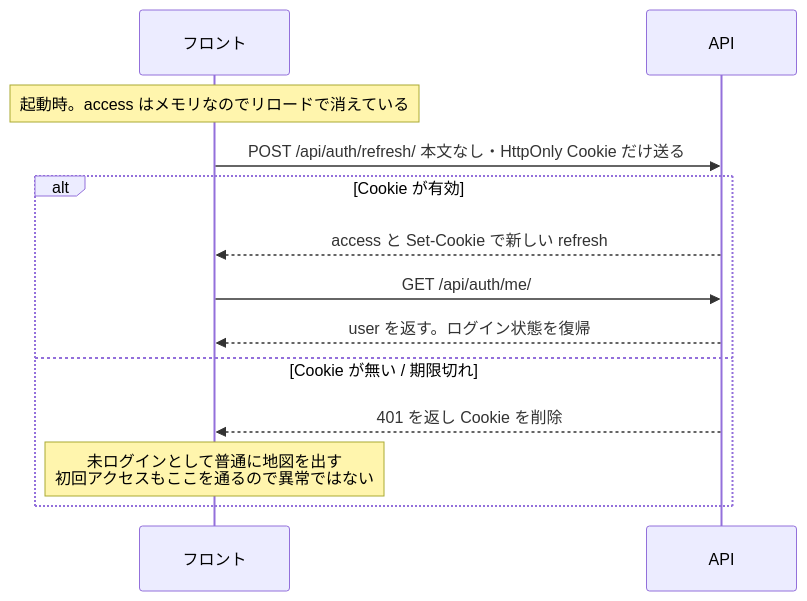
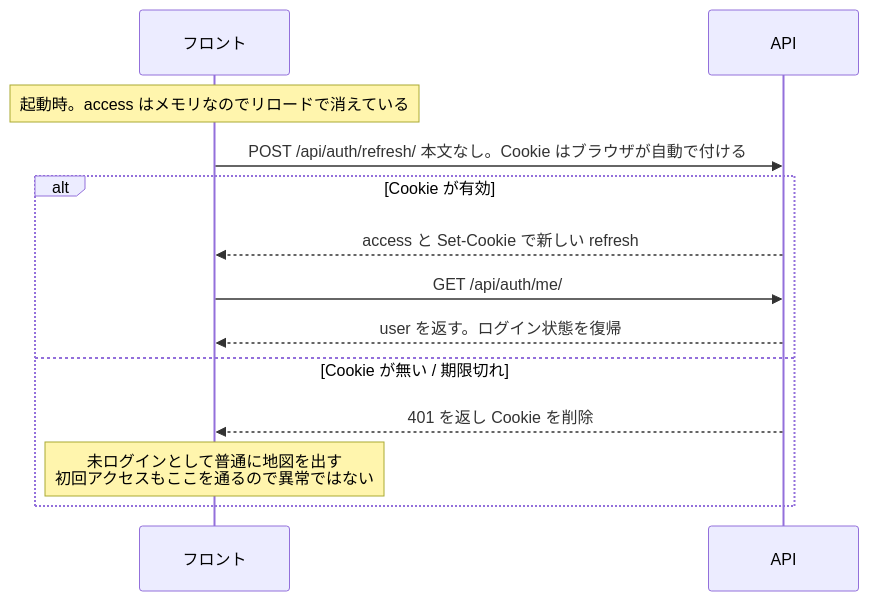
One commit to jovid18/django_prac changed the third of 4 diagrams in README.md. Above: the diagram before and after it, drawn with Mermaid. The commit also changed other lines of this file, not shown here.

First line of the commit message:
docs(readme): Google ログインのフローを追加し、refresh の図を直す

````diff
--- a/README.md
+++ b/README.md
@@ -95,17 +95,17 @@
 ```mermaid
 sequenceDiagram
     participant F as フロント
     participant A as API
 
     Note over F: 起動時。access はメモリなのでリロードで消えている
-    F->>A: POST /api/auth/refresh/ 本文なし・HttpOnly Cookie だけ送る
+    F->>A: POST /api/auth/refresh/ 本文なし。Cookie はブラウザが自動で付ける
 
     alt Cookie が有効
         A-->>F: access と Set-Cookie で新しい refresh
         F->>A: GET /api/auth/me/
         A-->>F: user を返す。ログイン状態を復帰
     else Cookie が無い / 期限切れ
         A-->>F: 401 を返し Cookie を削除
         Note over F: 未ログインとして普通に地図を出す<br/>初回アクセスもここを通るので異常ではない
     end
 ```
````
